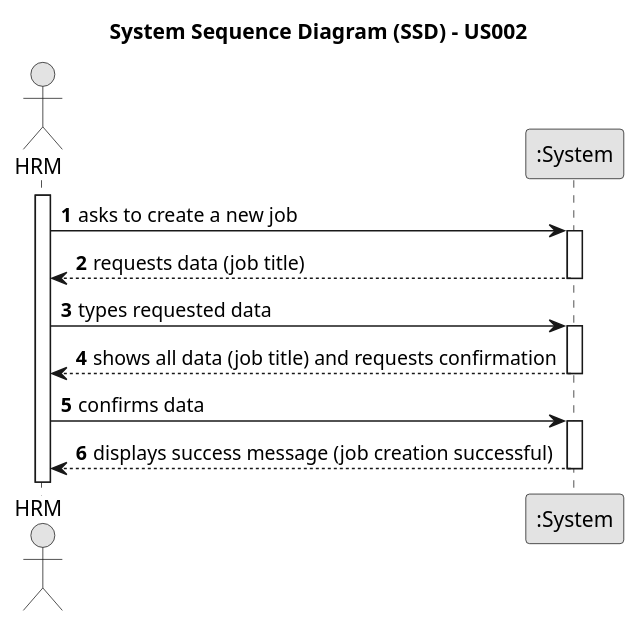
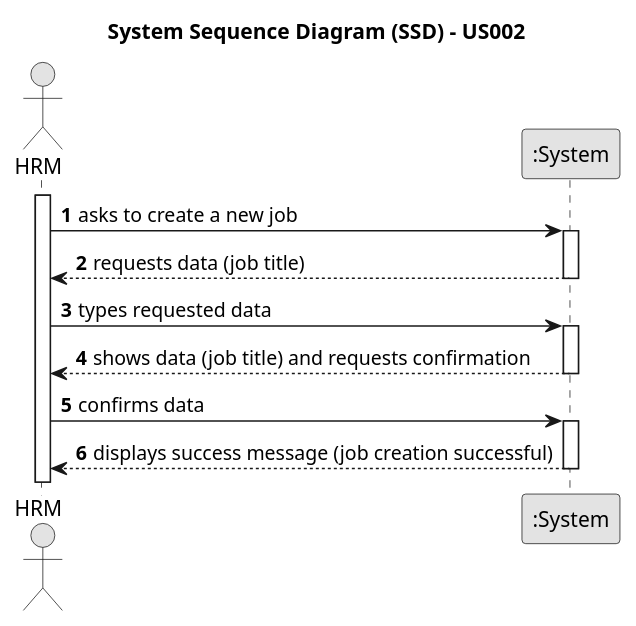
The diagram in docs/sprintB/us002/01.requirements-engineering/puml/us002-system-sequence-diagram-alternative-one.puml (ricardomm7/leaflink), drawn with PlantUML before and after one commit. The commit also changed 5 other files, not shown here.

```diff
--- a/docs/sprintB/us002/01.requirements-engineering/puml/us002-system-sequence-diagram-alternative-one.puml
+++ b/docs/sprintB/us002/01.requirements-engineering/puml/us002-system-sequence-diagram-alternative-one.puml
@@ -1,31 +1,31 @@
 @startuml
 skinparam monochrome true
 skinparam packageStyle rectangle
 skinparam shadowing false
 
 title System Sequence Diagram (SSD) - US002
 
 autonumber
 
 actor "HRM" as Employee
 participant ":System" as System
 
 activate Employee
 
     Employee -> System : asks to create a new job
     activate System
         System --> Employee : requests data (job title)
     deactivate System
 
     Employee -> System : types requested data
     activate System
-        System --> Employee : shows all data (job title) and requests confirmation
+        System --> Employee : shows data (job title) and requests confirmation
     deactivate System
 
     Employee -> System : confirms data
     activate System
 
         System --> Employee : displays success message (job creation successful)
     deactivate System
 
 @enduml
```
